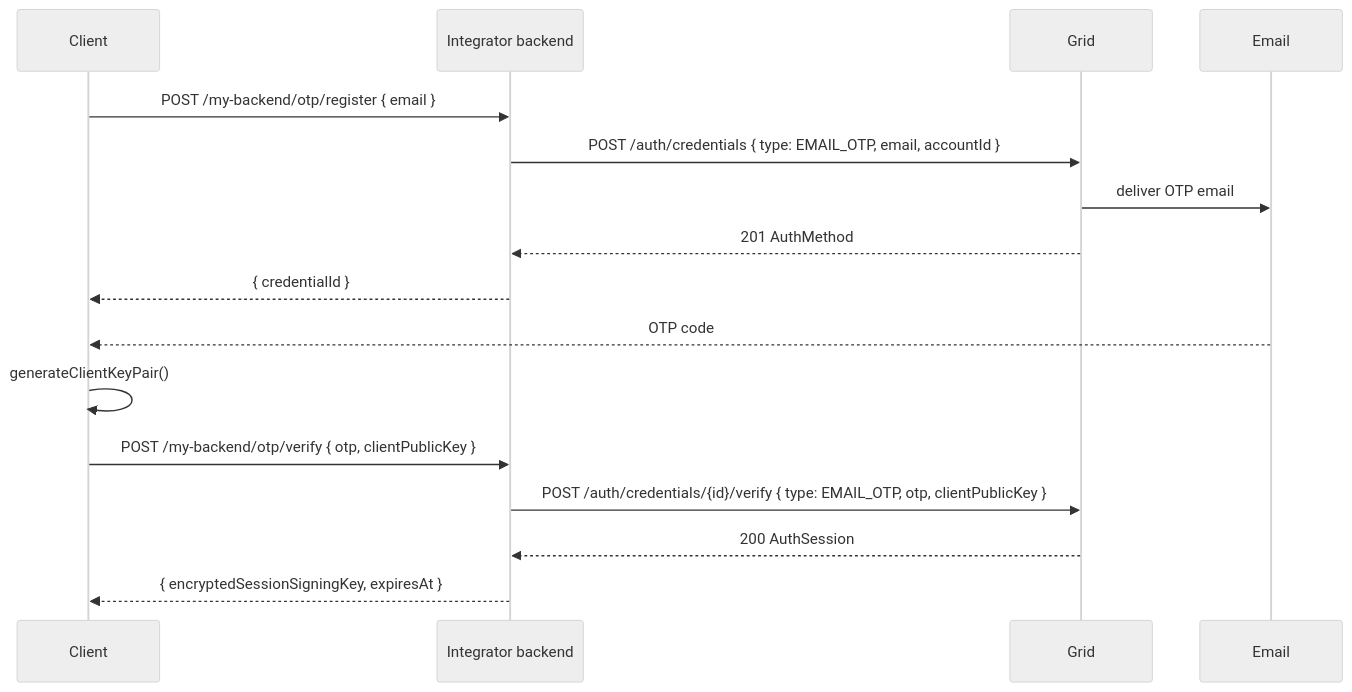
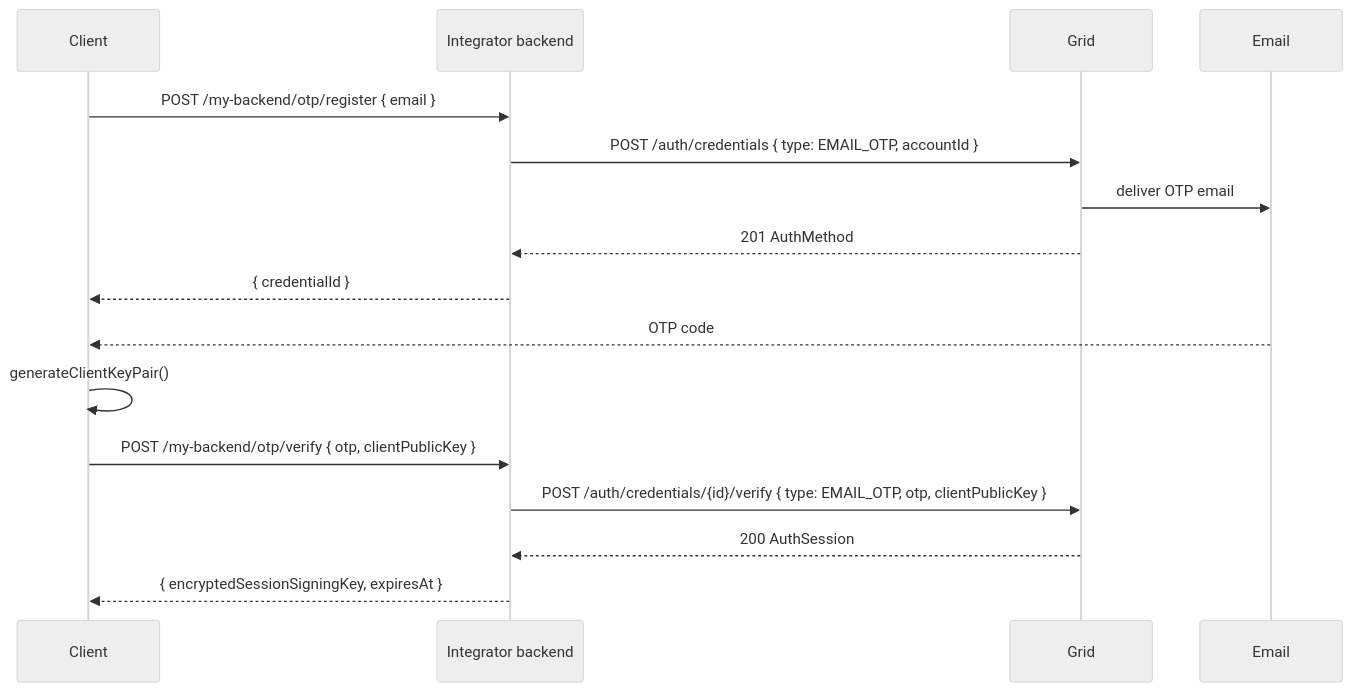
Before and after one commit to lightsparkdev/grid-api: the fourth of 5 diagrams in mintlify/snippets/global-accounts/authentication.mdx, drawn with Mermaid (neutral theme). The commit also changed other lines of this file and 3 other files, not shown here.

````diff
--- a/mintlify/snippets/global-accounts/authentication.mdx
+++ b/mintlify/snippets/global-accounts/authentication.mdx
@@ -425,19 +425,19 @@
 ```mermaid
 sequenceDiagram
   participant C as Client
   participant IB as Integrator backend
   participant G as Grid
   participant E as Email
 
   C->>IB: POST /my-backend/otp/register { email }
-  IB->>G: POST /auth/credentials { type: EMAIL_OTP, email, accountId }
+  IB->>G: POST /auth/credentials { type: EMAIL_OTP, accountId }
   G->>E: deliver OTP email
   G-->>IB: 201 AuthMethod
   IB-->>C: { credentialId }
   E-->>C: OTP code
   C->>C: generateClientKeyPair()
   C->>IB: POST /my-backend/otp/verify { otp, clientPublicKey }
   IB->>G: POST /auth/credentials/{id}/verify { type: EMAIL_OTP, otp, clientPublicKey }
   G-->>IB: 200 AuthSession
   IB-->>C: { encryptedSessionSigningKey, expiresAt }
 ```
````
